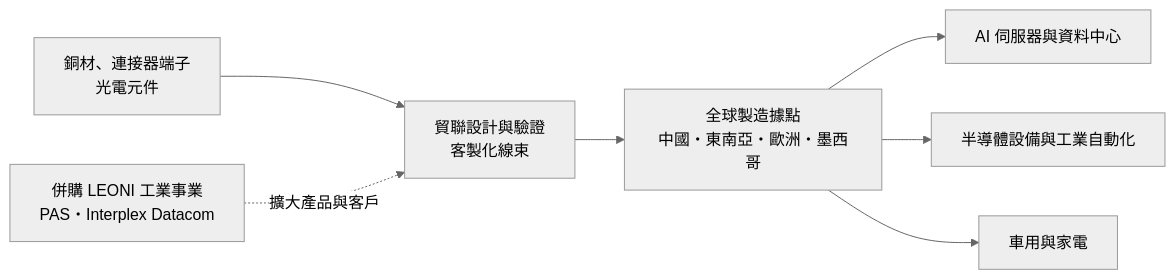
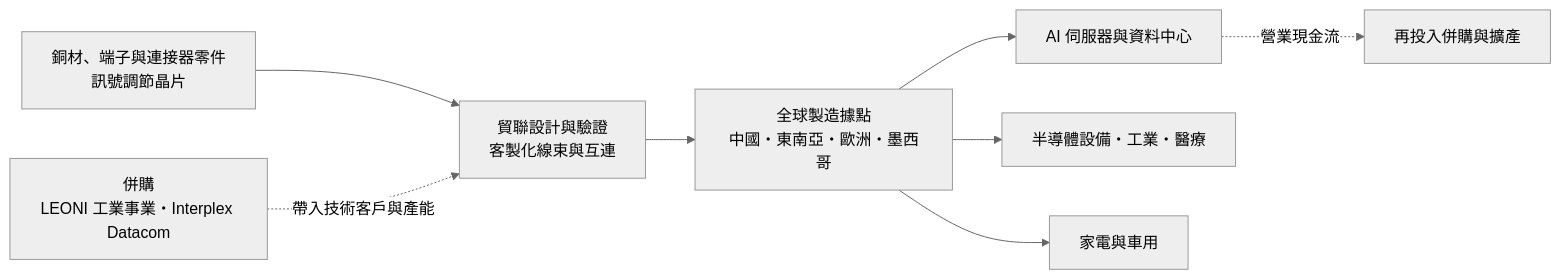
One commit to wangnick1004/taiwan-stock-vault changed the second of 4 diagrams in 個股/台股/3665貿聯-KY.md. Above: the diagram before and after it, drawn with Mermaid (neutral theme). The commit also changed other lines of this file and 6 other files, not shown here.

````diff
--- a/個股/台股/3665貿聯-KY.md
+++ b/個股/台股/3665貿聯-KY.md
@@ -70,9 +69,10 @@
 ```mermaid
 flowchart LR
-    A["銅材、連接器端子<br/>光電元件"] --> B["貿聯設計與驗證<br/>客製化線束"]
+    A["銅材、端子與連接器零件<br/>訊號調節晶片"] --> B["貿聯設計與驗證<br/>客製化線束與互連"]
     B --> C["全球製造據點<br/>中國・東南亞・歐洲・墨西哥"]
     C --> D1["AI 伺服器與資料中心"]
-    C --> D2["半導體設備與工業自動化"]
-    C --> D3["車用與家電"]
-    E["併購 LEONI 工業事業<br/>PAS・Interplex Datacom"] -. 擴大產品與客戶 .-> B
+    C --> D2["半導體設備・工業・醫療"]
+    C --> D3["家電與車用"]
+    E["併購<br/>LEONI 工業事業・Interplex Datacom"] -. 帶入技術客戶與產能 .-> B
+    D1 -. 營業現金流 .-> F["再投入併購與擴產"]
 ```
````
